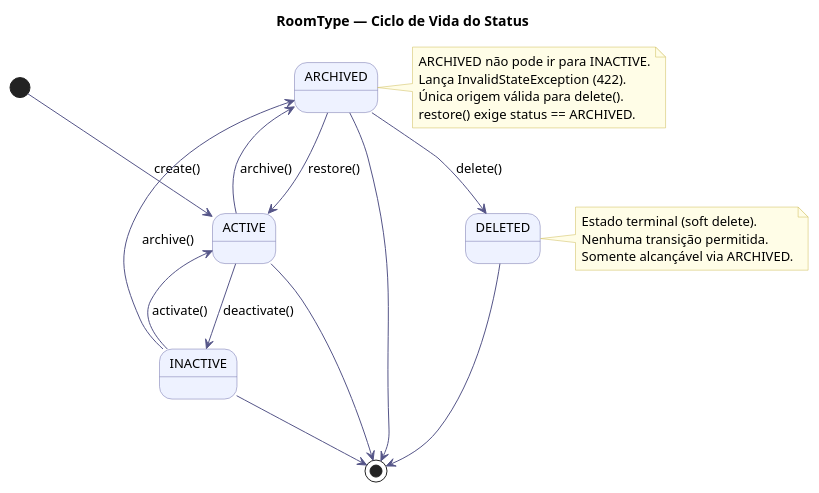
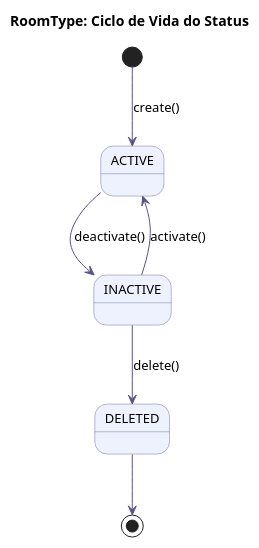
One commit to Neoguara/rooms-diagrams changed the diagram in src/plantuml/estado/room_type_status.puml. Above: the diagram before and after it, drawn with PlantUML. The commit also changed 7 other files, not shown here.

Commit message:
update diagrams

```diff
--- a/src/plantuml/estado/room_type_status.puml
+++ b/src/plantuml/estado/room_type_status.puml
@@ -1,43 +1,22 @@
 @startuml room_type_status
 
-title RoomType — Ciclo de Vida do Status
+title RoomType: Ciclo de Vida do Status
 
 skinparam state {
   BackgroundColor #EEF2FF
   BorderColor #7070AA
   ArrowColor #555588
   FontSize 13
 }
 skinparam noteBackgroundColor #FFFDE7
 skinparam noteBorderColor #CCBB55
 
 [*] --> ACTIVE : create()
 
 ACTIVE   --> INACTIVE : deactivate()
-ACTIVE   --> ARCHIVED : archive()
-ACTIVE   --> [*]
-
 INACTIVE --> ACTIVE   : activate()
-INACTIVE --> ARCHIVED : archive()
-INACTIVE --> [*]
-
-ARCHIVED --> ACTIVE   : restore()
-ARCHIVED --> DELETED  : delete()
-ARCHIVED --> [*]
+INACTIVE --> DELETED  : delete()
 
 DELETED --> [*]
 
-note right of ARCHIVED
-  ARCHIVED não pode ir para INACTIVE.
-  Lança InvalidStateException (422).
-  Única origem válida para delete().
-  restore() exige status == ARCHIVED.
-end note
-
-note right of DELETED
-  Estado terminal (soft delete).
-  Nenhuma transição permitida.
-  Somente alcançável via ARCHIVED.
-end note
-
 @enduml
```
